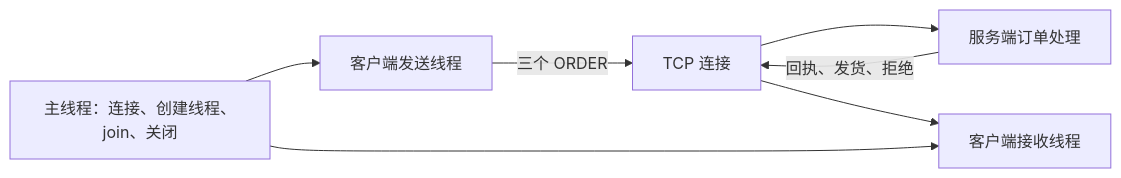
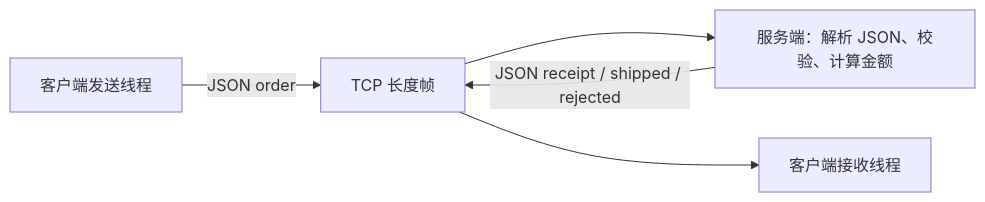
The diagram in docs/TCP_BUSINESS.zh-CN.md (HuangX666/hx_c_platform), drawn with Mermaid before and after one commit. The commit also changed other lines of this file and 32 other files, not shown here.

````diff
--- a/docs/TCP_BUSINESS.zh-CN.md
+++ b/docs/TCP_BUSINESS.zh-CN.md
@@ -45,9 +45,7 @@
 ```mermaid
 flowchart LR
-    TX[客户端发送线程] -->|三个 ORDER| Stream[TCP 连接]
-    Stream --> S[服务端订单处理]
-    S -->|回执、发货、拒绝| Stream
+    TX[客户端发送线程] -->|JSON order| Stream[TCP 长度帧]
+    Stream --> S[服务端：解析 JSON、校验、计算金额]
+    S -->|JSON receipt / shipped / rejected| Stream
     Stream --> RX[客户端接收线程]
-    Main[主线程：连接、创建线程、join、关闭] --> TX
-    Main --> RX
 ```
````
